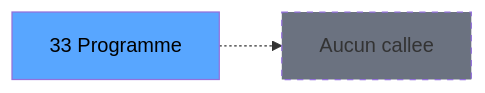
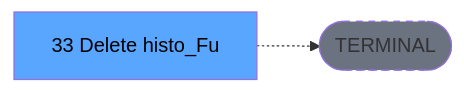
One commit to thonyAGP/lecteur-magic changed the third of 3 diagrams in .openspec/renders/ADH-IDE-33.md. Above: the diagram before and after it, drawn with Mermaid. The commit also changed other lines of this file and 701 other files, not shown here.

````diff
--- a/.openspec/renders/ADH-IDE-33.md
+++ b/.openspec/renders/ADH-IDE-33.md
@@ -135,8 +134,8 @@
 ```mermaid
 graph LR
-    T[33 Programme]
-    NONE[Aucun callee]
-    T -.-> NONE
+    T[33 Delete histo_Fu]
+    TERM([TERMINAL])
+    T -.-> TERM
+    style TERM fill:#6b7280,stroke-dasharray: 5 5
     style T fill:#58a6ff,color:#000
-    style NONE fill:#6b7280,stroke-dasharray: 5 5
 ```
````
